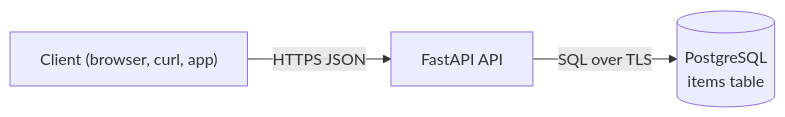
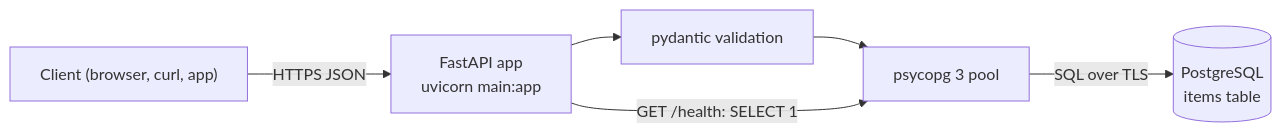
The diagram in starters/crud-api-fastapi/README.md (light-cloud-com/templates), drawn with Mermaid before and after one commit. The commit also changed other lines of this file and 2 other files, not shown here.

First line of the commit message:
README: FastAPI PostgreSQL CRUD API starter landing page

````diff
--- a/starters/crud-api-fastapi/README.md
+++ b/starters/crud-api-fastapi/README.md
@@ -9,5 +131,8 @@
 ```mermaid
 flowchart LR
-    client["Client (browser, curl, app)"] -->|HTTPS JSON| api["FastAPI API"]
-    api -->|SQL over TLS| db[("PostgreSQL<br/>items table")]
+    client["Client (browser, curl, app)"] -->|HTTPS JSON| api["FastAPI app<br/>uvicorn main:app"]
+    api --> validate["pydantic validation"]
+    validate --> pool["psycopg 3 pool"]
+    pool -->|SQL over TLS| db[("PostgreSQL<br/>items table")]
+    api -->|"GET /health: SELECT 1"| pool
 ```
````
